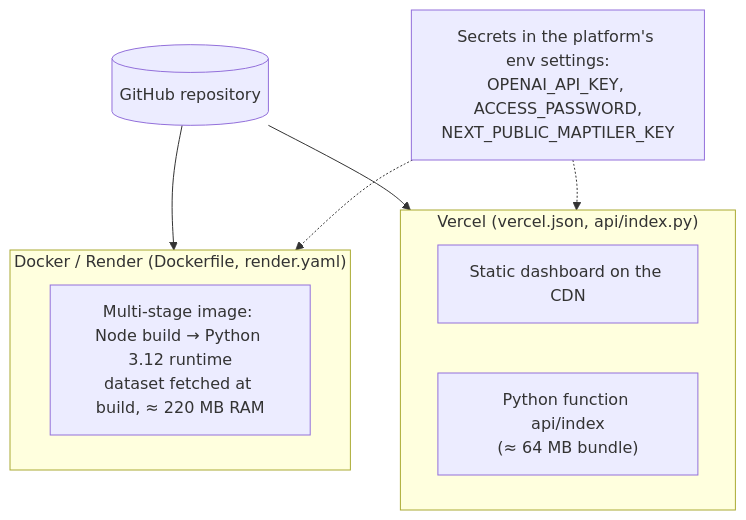
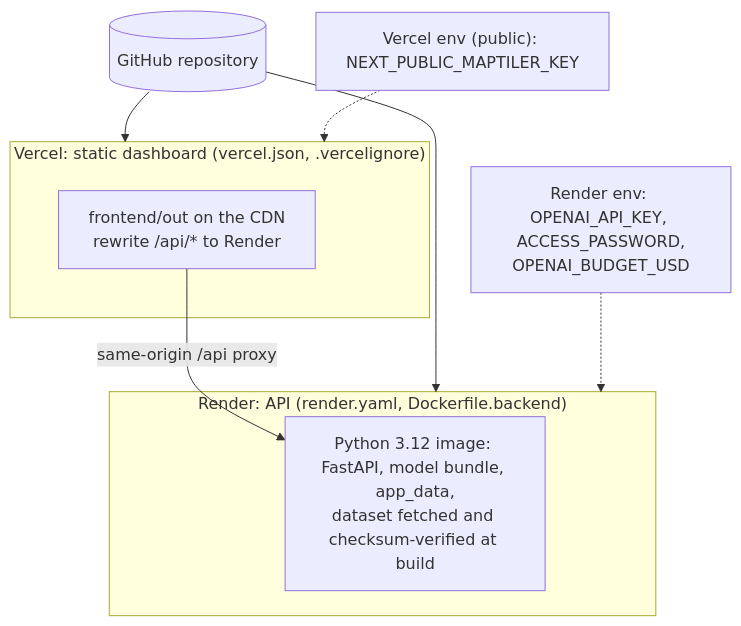
The second of 3 diagrams in docs/architecture/deployment-security.md (A-K-M-Asifuzzaman/EDU_HACKATHON), drawn with Mermaid before and after one commit. The commit also changed other lines of this file and 12 other files, not shown here.

First line of the commit message:
fix(backend): cut memory for 512 MB hosts; make Vercel a static frontend proxying /api to Render

````diff
--- a/docs/architecture/deployment-security.md
+++ b/docs/architecture/deployment-security.md
@@ -20,14 +20,15 @@
 ```mermaid
 flowchart TB
     repo[("GitHub repository")]
-    subgraph docker["Docker / Render (Dockerfile, render.yaml)"]
-        img["Multi-stage image: Node build → Python 3.12 runtime<br/>dataset fetched at build, ≈ 220 MB RAM"]
+    subgraph vercel["Vercel: static dashboard (vercel.json, .vercelignore)"]
+        cdn["frontend/out on the CDN<br/>rewrite /api/* to Render"]
     end
-    subgraph vercel["Vercel (vercel.json, api/index.py)"]
-        cdn["Static dashboard on the CDN"]
-        fn["Python function api/index<br/>(≈ 64 MB bundle)"]
+    subgraph render["Render: API (render.yaml, Dockerfile.backend)"]
+        img["Python 3.12 image: FastAPI, model bundle, app_data,<br/>dataset fetched and checksum-verified at build"]
     end
-    repo --> docker
     repo --> vercel
-    secrets["Secrets in the platform's env settings:<br/>OPENAI_API_KEY, ACCESS_PASSWORD,<br/>NEXT_PUBLIC_MAPTILER_KEY"] -.-> docker & vercel
+    repo --> render
+    cdn -->|"same-origin /api proxy"| img
+    secrets["Render env: OPENAI_API_KEY, ACCESS_PASSWORD,<br/>OPENAI_BUDGET_USD"] -.-> render
+    pub["Vercel env (public): NEXT_PUBLIC_MAPTILER_KEY"] -.-> vercel
 ```
````
